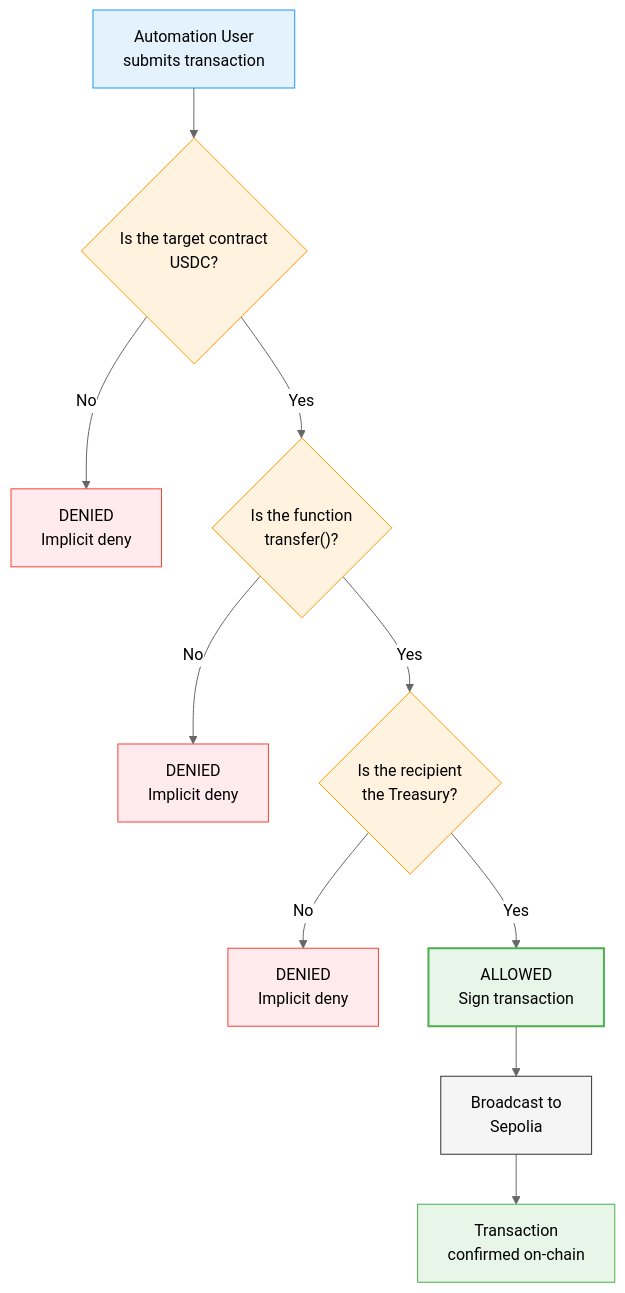
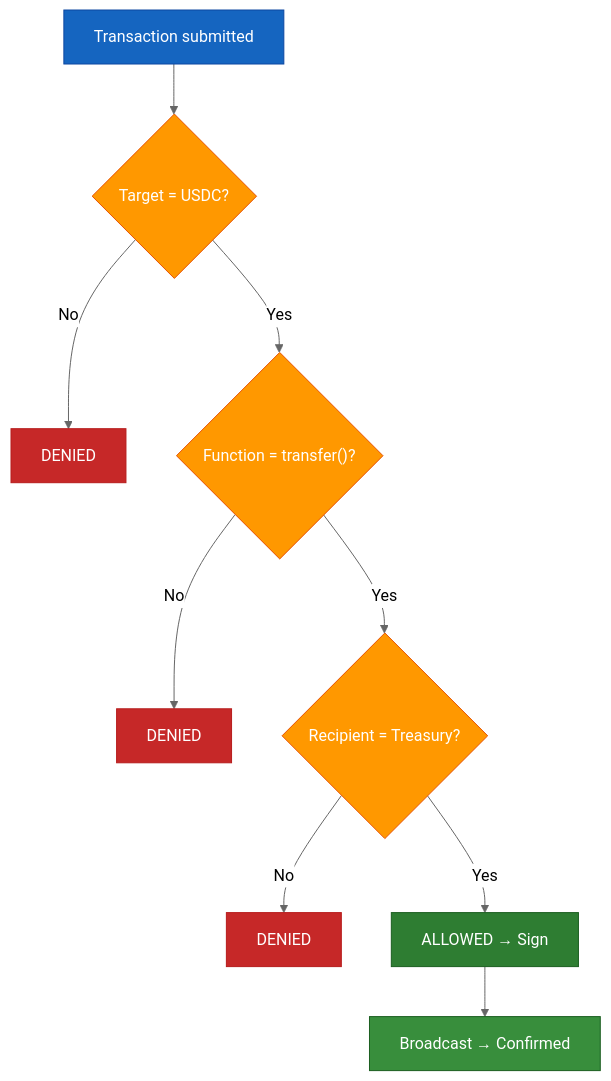
The second of 2 diagrams in examples/payflow-demo/docs/payflow-readout.md (tkhq/sdk), drawn with Mermaid (neutral theme) before and after one commit. The commit also changed other lines of this file, not shown here.

Commit message:
Bold colors, compact flowchart, clearer policy relationships

````diff
--- a/examples/payflow-demo/docs/payflow-readout.md
+++ b/examples/payflow-demo/docs/payflow-readout.md
@@ -66,27 +67,21 @@
 ```mermaid
 flowchart TD
-    Start["Automation User<br/>submits transaction"] --> Q1{"Is the target contract<br/>USDC?"}
+    Start["Transaction submitted"] --> Q1{"Target = USDC?"}
+    Q1 -->|No| D1["DENIED"]
+    Q1 -->|Yes| Q2{"Function = transfer()?"}
+    Q2 -->|No| D2["DENIED"]
+    Q2 -->|Yes| Q3{"Recipient = Treasury?"}
+    Q3 -->|No| D3["DENIED"]
+    Q3 -->|Yes| Allow["ALLOWED → Sign"]
+    Allow --> Broadcast["Broadcast → Confirmed"]
 
-    Q1 -->|"No"| Deny1["DENIED<br/>Implicit deny"]
-    Q1 -->|"Yes"| Q2{"Is the function<br/>transfer()?"}
-
-    Q2 -->|"No"| Deny2["DENIED<br/>Implicit deny"]
-    Q2 -->|"Yes"| Q3{"Is the recipient<br/>the Treasury?"}
-
-    Q3 -->|"No"| Deny3["DENIED<br/>Implicit deny"]
-    Q3 -->|"Yes"| Allow["ALLOWED<br/>Sign transaction"]
-
-    Allow --> Broadcast["Broadcast to<br/>Sepolia"]
-    Broadcast --> Confirmed["Transaction<br/>confirmed on-chain"]
-
-    style Start fill:#e3f2fd,stroke:#2196f3
-    style Q1 fill:#fff3e0,stroke:#ff9800
-    style Q2 fill:#fff3e0,stroke:#ff9800
-    style Q3 fill:#fff3e0,stroke:#ff9800
-    style Allow fill:#e8f5e9,stroke:#4caf50,stroke-width:2px
-    style Deny1 fill:#ffebee,stroke:#f44336
-    style Deny2 fill:#ffebee,stroke:#f44336
-    style Deny3 fill:#ffebee,stroke:#f44336
-    style Broadcast fill:#f5f5f5,stroke:#333
-    style Confirmed fill:#e8f5e9,stroke:#4caf50
+    style Start fill:#1565c0,stroke:#0d47a1,color:#fff
+    style Q1 fill:#ff9800,stroke:#e65100,color:#fff
+    style Q2 fill:#ff9800,stroke:#e65100,color:#fff
+    style Q3 fill:#ff9800,stroke:#e65100,color:#fff
+    style Allow fill:#2e7d32,stroke:#1b5e20,color:#fff
+    style D1 fill:#c62828,stroke:#b71c1c,color:#fff
+    style D2 fill:#c62828,stroke:#b71c1c,color:#fff
+    style D3 fill:#c62828,stroke:#b71c1c,color:#fff
+    style Broadcast fill:#388e3c,stroke:#1b5e20,color:#fff
 ```
````
